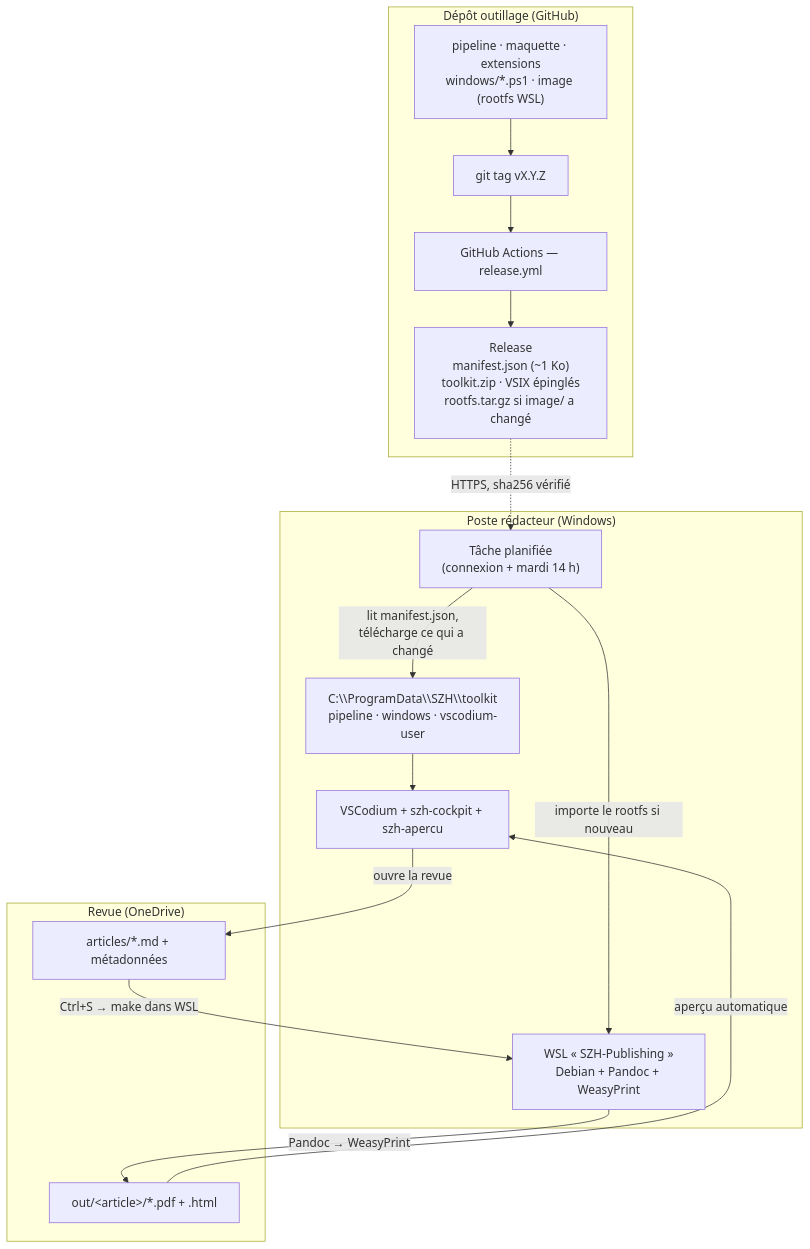
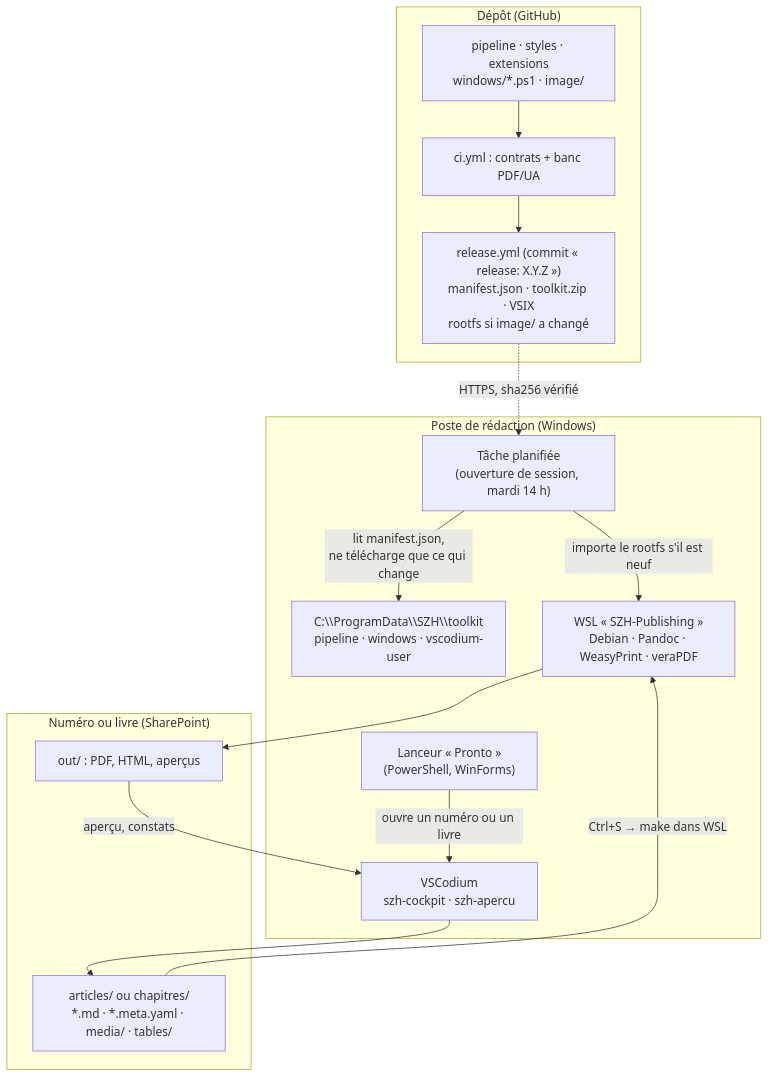
One commit to SZH-CSPS/szh-publishing-toolchain changed the diagram in docs/ARCHITECTURE.md. Above: the diagram before and after it, drawn with Mermaid. The commit also changed other lines of this file and 20 other files, not shown here.

````diff
--- a/docs/ARCHITECTURE.md
+++ b/docs/ARCHITECTURE.md
@@ -35,31 +28,31 @@
 ```mermaid
 flowchart TB
-    subgraph DEV["Dépôt outillage (GitHub)"]
-        SRC["pipeline · maquette · extensions<br/>windows/*.ps1 · image (rootfs WSL)"]
-        TAG["git tag vX.Y.Z"]
-        CI["GitHub Actions — release.yml"]
-        REL["Release<br/>manifest.json (~1 Ko)<br/>toolkit.zip · VSIX épinglés<br/>rootfs.tar.gz si image/ a changé"]
-        SRC --> TAG --> CI --> REL
+    subgraph DEP["Dépôt (GitHub)"]
+        SRC["pipeline · styles · extensions<br/>windows/*.ps1 · image/"]
+        CI["ci.yml : contrats + banc PDF/UA"]
+        REL["release.yml (commit « release: X.Y.Z »)<br/>manifest.json · toolkit.zip · VSIX<br/>rootfs si image/ a changé"]
+        SRC --> CI --> REL
     end
 
-    subgraph POSTE["Poste rédacteur (Windows)"]
-        TASK["Tâche planifiée<br/>(connexion + mardi 14 h)"]
-        TOOLKIT["C:\\ProgramData\\SZH\\toolkit<br/>pipeline · windows · vscodium-user"]
-        WSL["WSL « SZH-Publishing »<br/>Debian + Pandoc + WeasyPrint"]
-        VSC["VSCodium + szh-cockpit + szh-apercu"]
-        TASK -->|"lit manifest.json,<br/>télécharge ce qui a changé"| TOOLKIT
-        TASK -->|"importe le rootfs si nouveau"| WSL
-        TOOLKIT --> VSC
+    subgraph POSTE["Poste de rédaction (Windows)"]
+        TACHE["Tâche planifiée<br/>(ouverture de session, mardi 14 h)"]
+        TK["C:\\ProgramData\\SZH\\toolkit<br/>pipeline · windows · vscodium-user"]
+        WSL["WSL « SZH-Publishing »<br/>Debian · Pandoc · WeasyPrint · veraPDF"]
+        LAN["Lanceur « Pronto »<br/>(PowerShell, WinForms)"]
+        VSC["VSCodium<br/>szh-cockpit · szh-apercu"]
+        TACHE -->|"lit manifest.json,<br/>ne télécharge que ce qui change"| TK
+        TACHE -->|"importe le rootfs s'il est neuf"| WSL
+        LAN -->|"ouvre un numéro ou un livre"| VSC
     end
 
-    subgraph REVUE["Revue (OneDrive)"]
-        MD["articles/*.md + métadonnées"]
-        PDF["out/&lt;article&gt;/*.pdf + .html"]
+    subgraph PUB["Numéro ou livre (SharePoint)"]
+        MD["articles/ ou chapitres/<br/>*.md · *.meta.yaml · media/ · tables/"]
+        OUT["out/ : PDF, HTML, aperçus"]
     end
 
-    REL -.->|"HTTPS, sha256 vérifié"| TASK
-    VSC -->|"ouvre la revue"| MD
+    REL -.->|"HTTPS, sha256 vérifié"| TACHE
+    VSC --> MD
     MD -->|"Ctrl+S → make dans WSL"| WSL
-    WSL -->|"Pandoc → WeasyPrint"| PDF
-    PDF -->|"aperçu automatique"| VSC
+    WSL --> OUT
+    OUT -->|"aperçu, constats"| VSC
 ```
````
